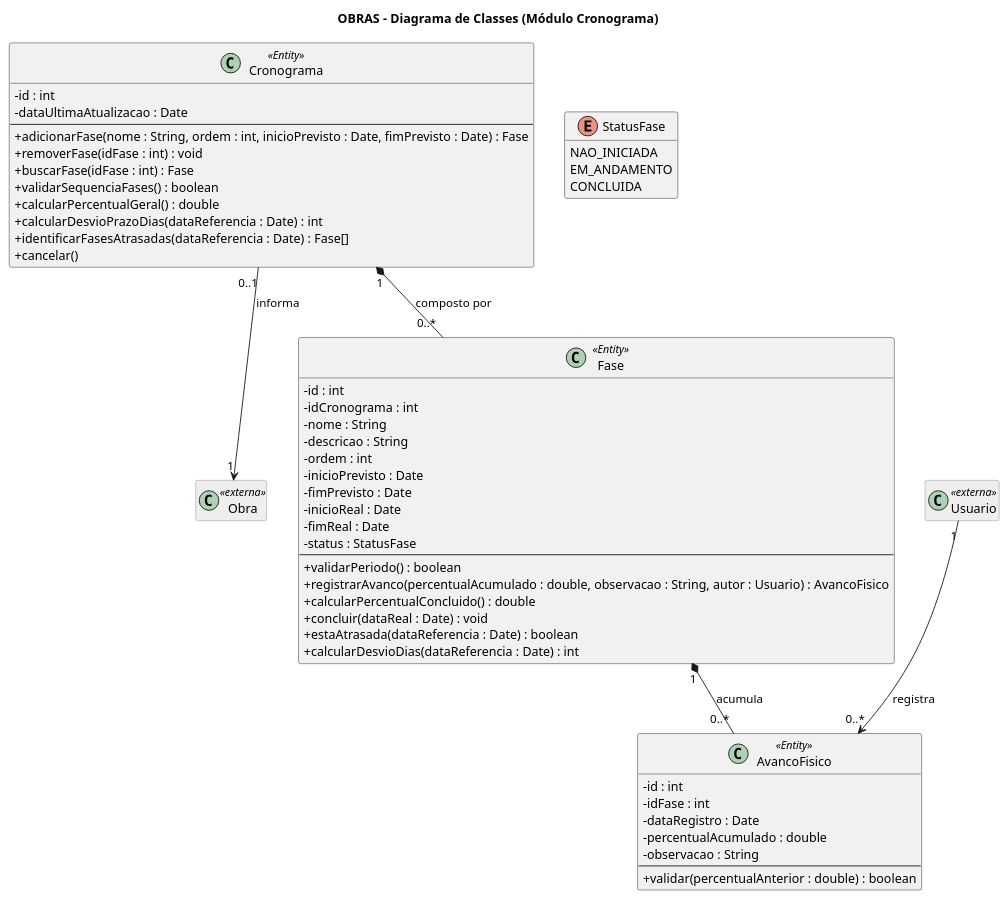
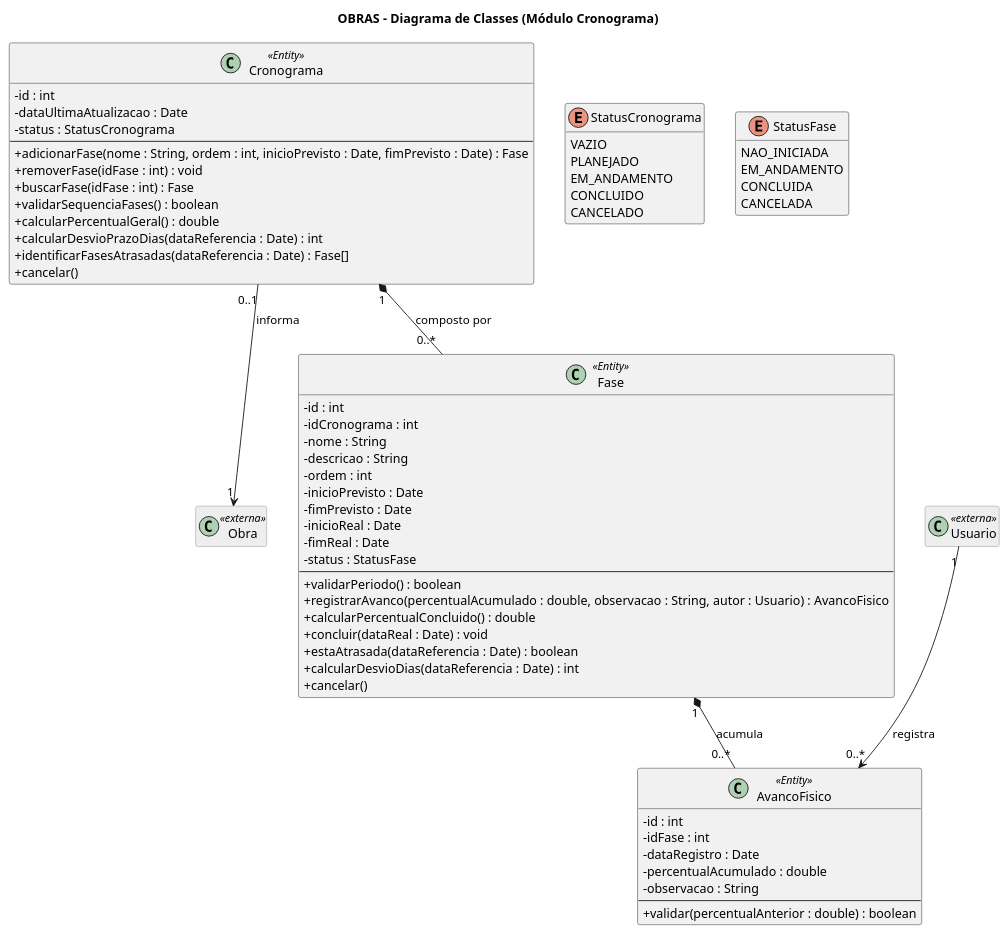
The diagram in Diagramas de classe/Modulo_Cronograma/cronograma.puml (bernardoanobrega/oBRAS), drawn with PlantUML before and after one commit. The commit also changed 1 other file, not shown here.

Commit message:
fix(Modulo_Cronograma): ajustes
Ajustes de enums, métodos e atributos para adequação aos diagramas de Estados.

```diff
--- a/Diagramas de classe/Modulo_Cronograma/cronograma.puml
+++ b/Diagramas de classe/Modulo_Cronograma/cronograma.puml
@@ -1,72 +1,83 @@
 @startuml cronograma-class-diagram
 title OBRAS - Diagrama de Classes (Módulo Cronograma)
 
 skinparam classAttributeIconSize 0
 skinparam ClassFontSize 14
 skinparam classBackgroundColor<<externa>> #EEEEEE
 skinparam classBorderColor<<externa>> #888888
 hide empty members
 
 ' ===== CLASSES EXTERNAS =====
 class Obra <<externa>>
 class Usuario <<externa>>
 
 ' ===== NÚCLEO =====
 class Cronograma <<Entity>> {
   -id : int
   -dataUltimaAtualizacao : Date
+  -status : StatusCronograma
   --
   +adicionarFase(nome : String, ordem : int, inicioPrevisto : Date, fimPrevisto : Date) : Fase
   +removerFase(idFase : int) : void
   +buscarFase(idFase : int) : Fase
   +validarSequenciaFases() : boolean
   +calcularPercentualGeral() : double
   +calcularDesvioPrazoDias(dataReferencia : Date) : int
   +identificarFasesAtrasadas(dataReferencia : Date) : Fase[]
   +cancelar()
 }
 
 class Fase <<Entity>> {
   -id : int
   -idCronograma : int
   -nome : String
   -descricao : String
   -ordem : int
   -inicioPrevisto : Date
   -fimPrevisto : Date
   -inicioReal : Date
   -fimReal : Date
   -status : StatusFase
   --
   +validarPeriodo() : boolean
   +registrarAvanco(percentualAcumulado : double, observacao : String, autor : Usuario) : AvancoFisico
   +calcularPercentualConcluido() : double
   +concluir(dataReal : Date) : void
   +estaAtrasada(dataReferencia : Date) : boolean
   +calcularDesvioDias(dataReferencia : Date) : int
+  +cancelar()
 }
 
 class AvancoFisico <<Entity>> {
   -id : int
   -idFase : int
   -dataRegistro : Date
   -percentualAcumulado : double
   -observacao : String
   --
   +validar(percentualAnterior : double) : boolean
 }
 
 ' ===== ENUMERAÇÕES =====
+enum StatusCronograma {
+  VAZIO
+  PLANEJADO
+  EM_ANDAMENTO
+  CONCLUIDO
+  CANCELADO
+}
+
 enum StatusFase {
   NAO_INICIADA
   EM_ANDAMENTO
   CONCLUIDA
+  CANCELADA
 }
 
 ' ===== RELAÇÕES =====
 Cronograma "0..1" --> "1" Obra : informa
 Cronograma "1" *-- "0..*" Fase : composto por
 Fase "1" *-- "0..*" AvancoFisico : acumula
 Usuario "1" --> "0..*" AvancoFisico : registra
 
 @enduml
```
